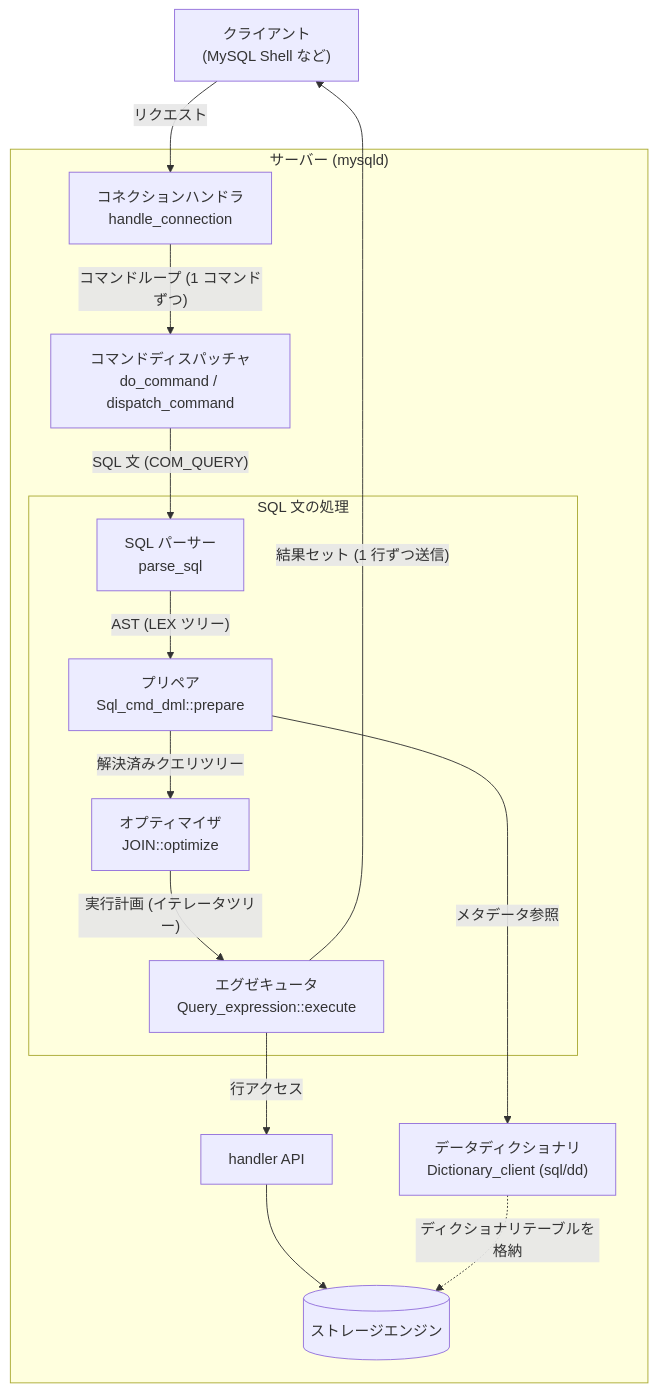
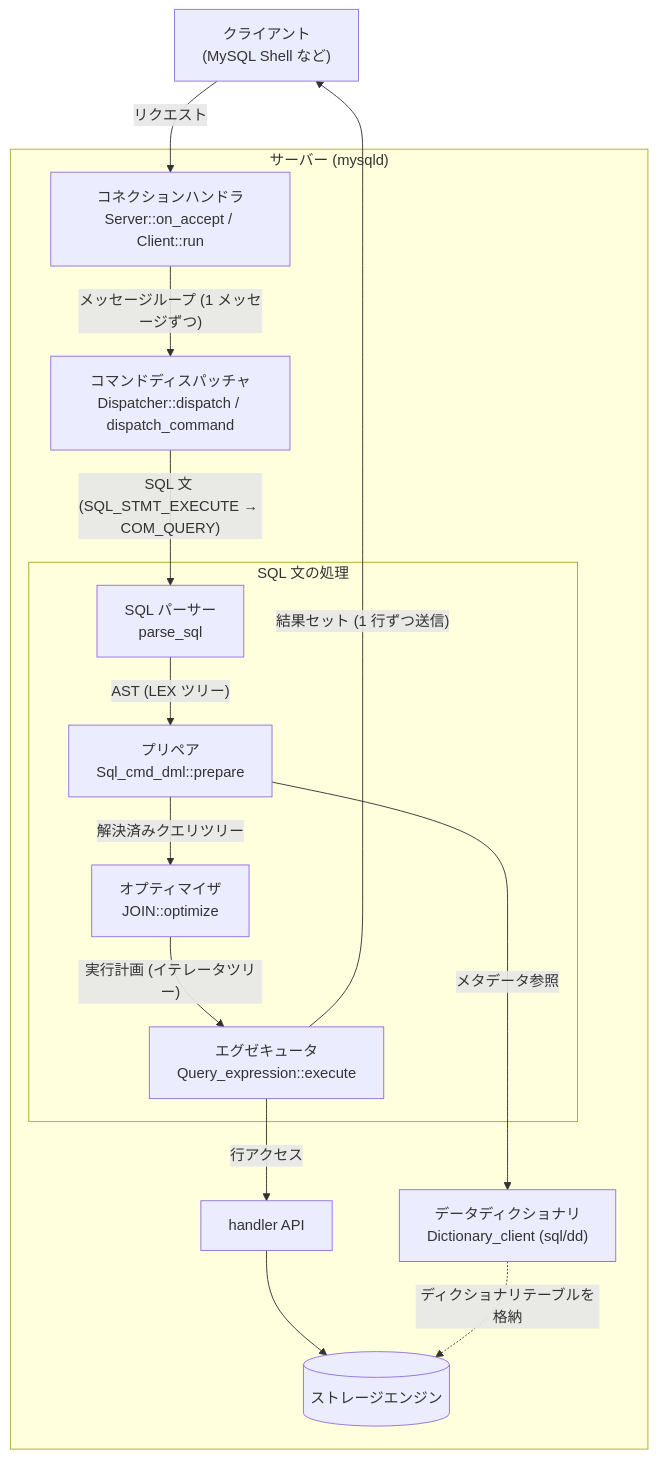
Before and after one commit to ren-yamanashi/minesql: the first of 2 diagrams in docs/specification/README.md, drawn with Mermaid. The commit also changed other lines of this file, not shown here.

````diff
--- a/docs/specification/README.md
+++ b/docs/specification/README.md
@@ -17,32 +17,32 @@
 ```mermaid
 flowchart TB
     client["クライアント<br/>(MySQL Shell など)"]
 
     subgraph server["サーバー (mysqld)"]
-        conn["コネクションハンドラ<br/>handle_connection"]
-        dispatcher["コマンドディスパッチャ<br/>do_command / dispatch_command"]
+        conn["コネクションハンドラ<br/>Server::on_accept / Client::run"]
+        dispatcher["コマンドディスパッチャ<br/>Dispatcher::dispatch / dispatch_command"]
 
         subgraph sqlproc["SQL 文の処理"]
             parser["SQL パーサー<br/>parse_sql"]
             prepare["プリペア<br/>Sql_cmd_dml::prepare"]
             optimizer["オプティマイザ<br/>JOIN::optimize"]
             executor["エグゼキュータ<br/>Query_expression::execute"]
         end
 
         dict["データディクショナリ<br/>Dictionary_client (sql/dd)"]
         handler["handler API"]
         engine[("ストレージエンジン")]
     end
 
     client -->|リクエスト| conn
-    conn -->|"コマンドループ (1 コマンドずつ)"| dispatcher
-    dispatcher -->|"SQL 文 (COM_QUERY)"| parser
+    conn -->|"メッセージループ (1 メッセージずつ)"| dispatcher
+    dispatcher -->|"SQL 文 (SQL_STMT_EXECUTE → COM_QUERY)"| parser
     parser -->|"AST (LEX ツリー)"| prepare
     prepare -->|解決済みクエリツリー| optimizer
     prepare -->|メタデータ参照| dict
     optimizer -->|"実行計画 (イテレータツリー)"| executor
     executor -->|行アクセス| handler
     executor -->|"結果セット (1 行ずつ送信)"| client
     handler --> engine
     dict -.->|ディクショナリテーブルを格納| engine
 ```
````
